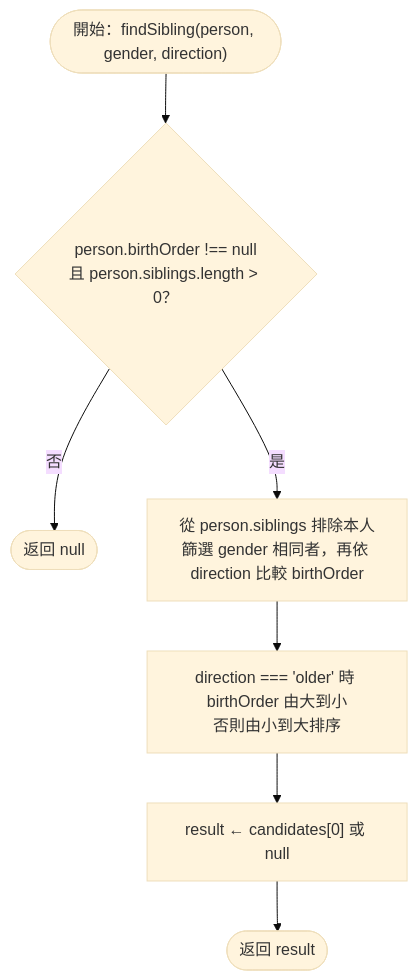
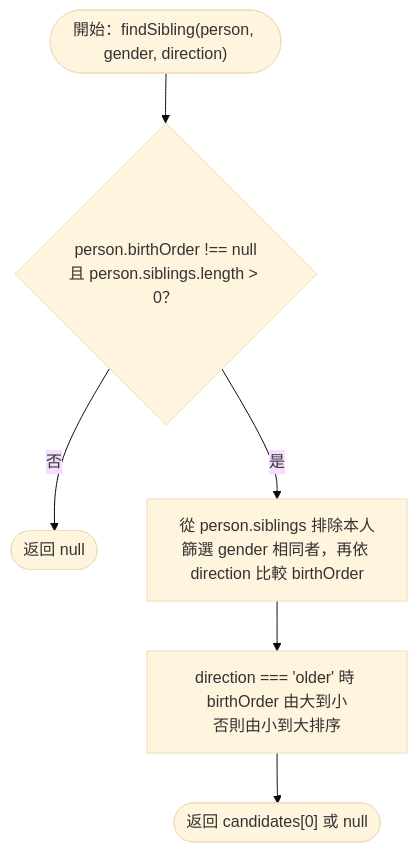
Before and after one commit to Chuen666666/hw3: diagram 28 of 29 in README.md, drawn with Mermaid (base theme). The commit also changed other lines of this file, not shown here.

Commit message:
使流程圖回傳與迴圈貼合原始碼

````diff
--- a/README.md
+++ b/README.md
@@ -405,9 +388,8 @@
 ```mermaid
 flowchart TD
     START(["開始：findSibling(person, gender, direction)"]) --> AVAILABLE{"person.birthOrder !== null<br/>且 person.siblings.length > 0？"}
     AVAILABLE -- "否" --> RETURN_NULL(["返回 null"])
     AVAILABLE -- "是" --> FILTER["從 person.siblings 排除本人<br/>篩選 gender 相同者，再依 direction 比較 birthOrder"]
     FILTER --> SORT["direction === 'older' 時 birthOrder 由大到小<br/>否則由小到大排序"]
-    SORT --> RESULT["result ← candidates[0] 或 null"]
-    RESULT --> RETURN(["返回 result"])
+    SORT --> RETURN(["返回 candidates[0] 或 null"])
 ```
````
